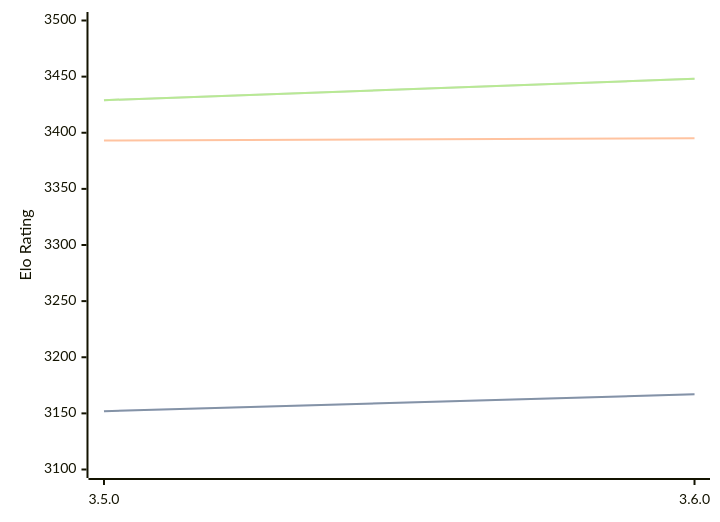
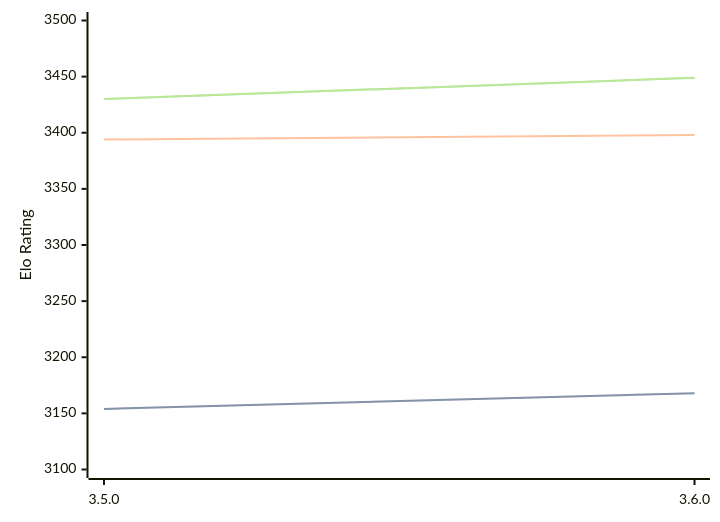
Before and after one commit to computer-chess-index/cci: the diagram in engines/Igel.md, drawn with Mermaid. The commit also changed other lines of this file, not shown here.

Commit message:
Update CCI Ratings (ELO VLTC) - 2026-08-09

````diff
--- a/engines/Igel.md
+++ b/engines/Igel.md
@@ -32,11 +32,11 @@
 ```mermaid
 %%{init: {"theme":"base","themeVariables":{"seriesColors:['#a3a3a3','#222221','#faa371']}}}%%
 xychart-beta
   x-axis ["3.5.0", "3.6.0"]
   y-axis "Elo Rating" 3100 --> 3500
-  line "STC (8.0+0.08s)" [3152, 3167]
-  line "STC (8.0+0.08s)" [3152, 3167]
-  line "LTC (60.0+0.60s)" [3393, 3395]
-  line "VLTC (2m24s+1.12s)" [3429, 3448]
-  line "VLTC (2m24s+1.12s)" [3429, 3448]
+  line "STC (8.0+0.08s)" [3154, 3168]
+  line "STC (8.0+0.08s)" [3154, 3168]
+  line "LTC (60.0+0.60s)" [3394, 3398]
+  line "VLTC (2m24s+1.12s)" [3430, 3449]
+  line "VLTC (2m24s+1.12s)" [3430, 3449]
 ```
````
